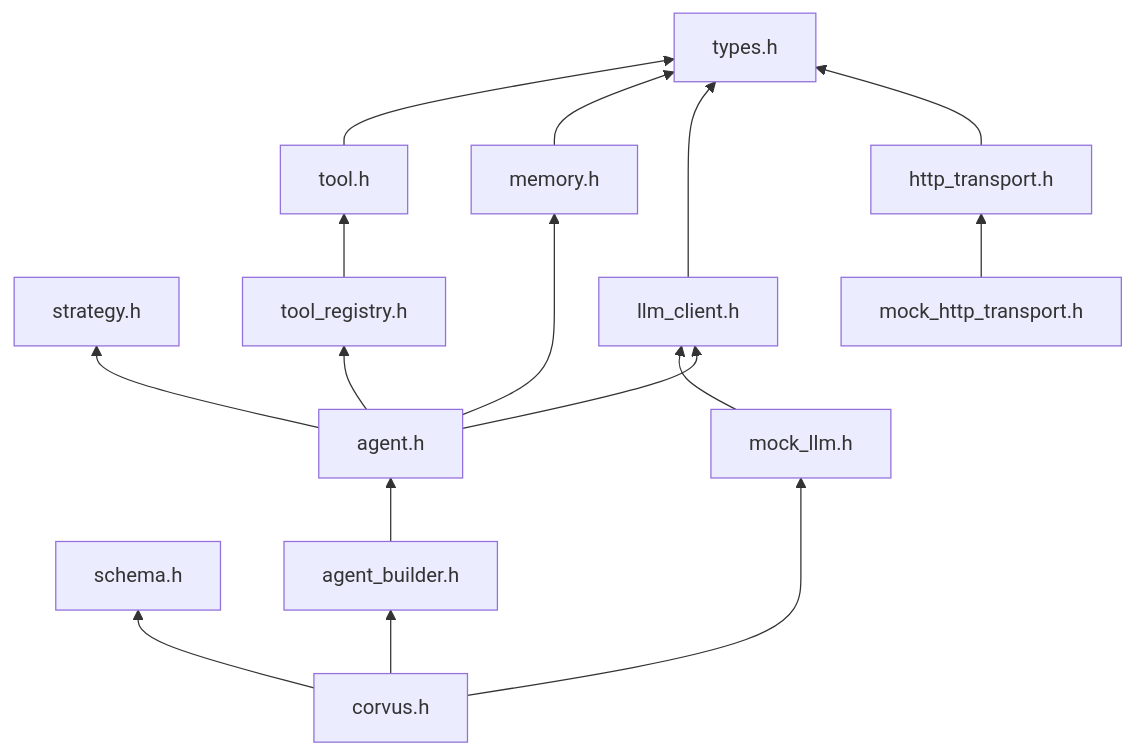
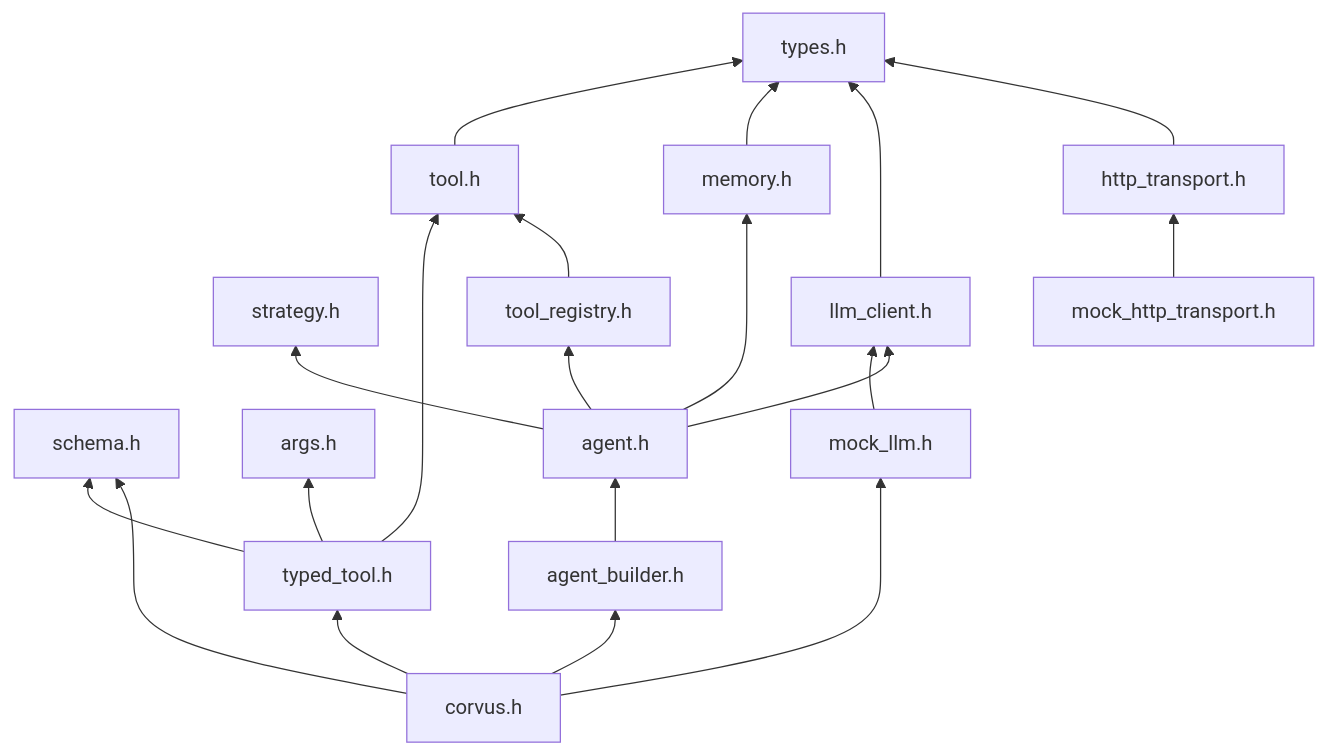
One commit to Ambar-Gupta22/corvus changed the first of 3 diagrams in docs/CODE_TOUR.md. Above: the diagram before and after it, drawn with Mermaid. The commit also changed other lines of this file and 15 other files, not shown here.

First line of the commit message:
feat: typed tools — struct-typed args with derived schema (#5)

````diff
--- a/docs/CODE_TOUR.md
+++ b/docs/CODE_TOUR.md
@@ -15,21 +15,26 @@
 ```mermaid
 flowchart BT
     types["types.h"]
     strategy["strategy.h"]
     tool["tool.h"] --> types
     schema["schema.h"]
+    args["args.h"]
+    typed["typed_tool.h"] --> tool
+    typed --> schema
+    typed --> args
     registry["tool_registry.h"] --> tool
     memory["memory.h"] --> types
     llm["llm_client.h"] --> types
     mock["mock_llm.h"] --> llm
     http["http_transport.h"] --> types
     mockhttp["mock_http_transport.h"] --> http
     agent["agent.h"] --> llm
     agent --> memory
     agent --> registry
     agent --> strategy
     builder["agent_builder.h"] --> agent
     umbrella["corvus.h"] --> builder
     umbrella --> mock
     umbrella --> schema
+    umbrella --> typed
 ```
````
